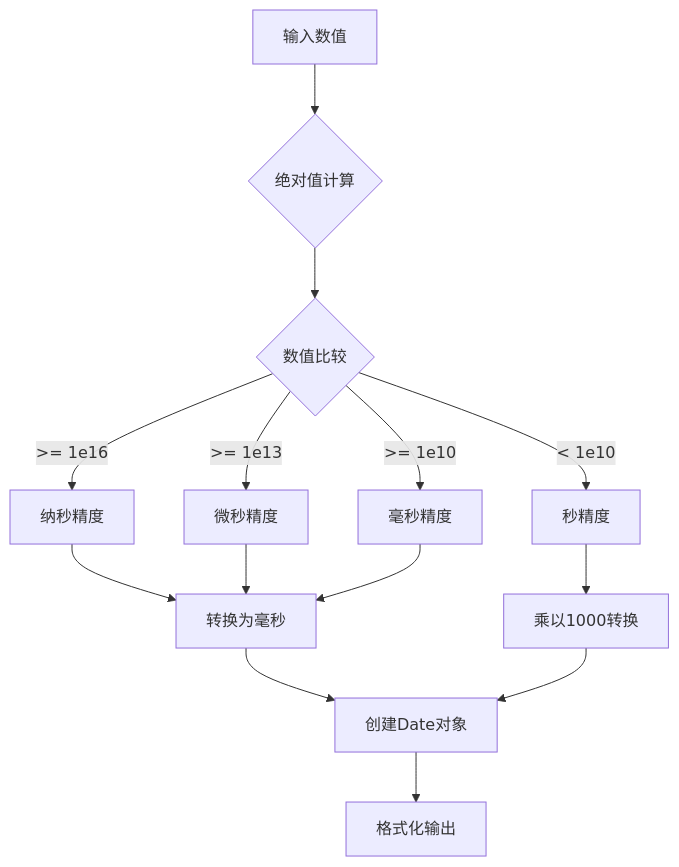
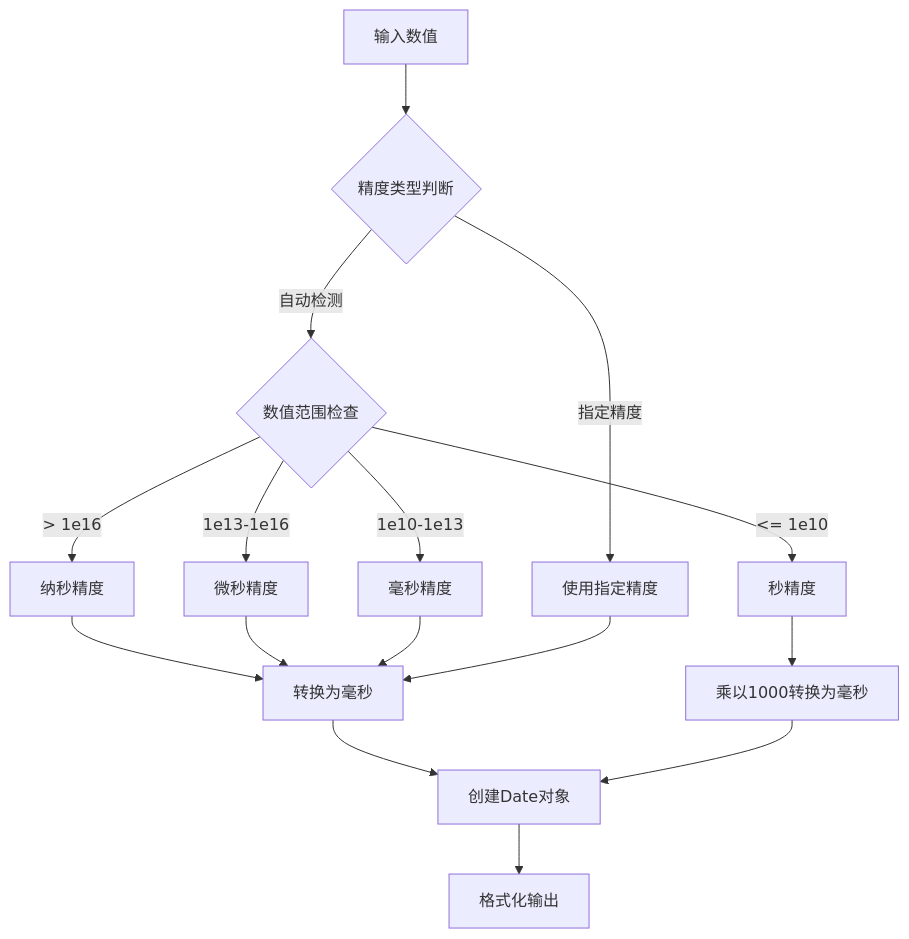
The tenth of 16 diagrams in .qoder/repowiki/zh/content/开发者工具/时间戳工具.md (sgyy/privadeck), drawn with Mermaid before and after one commit. The commit also changed other lines of this file and 3 other files, not shown here.

````diff
--- a/.qoder/repowiki/zh/content/开发者工具/时间戳工具.md
+++ b/.qoder/repowiki/zh/content/开发者工具/时间戳工具.md
@@ -383,16 +495,18 @@
 ```mermaid
 flowchart TD
-A[输入数值] --> B{绝对值计算}
-B --> C{数值比较}
-C --> |>= 1e16| D[纳秒精度]
-C --> |>= 1e13| E[微秒精度]
-C --> |>= 1e10| F[毫秒精度]
-C --> |< 1e10| G[秒精度]
-D --> H[转换为毫秒]
-E --> H
-F --> H
-G --> I[乘以1000转换]
-H --> J[创建Date对象]
-I --> J
-J --> K[格式化输出]
+A[输入数值] --> B{精度类型判断}
+B --> |自动检测| C{数值范围检查}
+B --> |指定精度| D[使用指定精度]
+C --> |> 1e16| E[纳秒精度]
+C --> |1e13-1e16| F[微秒精度]
+C --> |1e10-1e13| G[毫秒精度]
+C --> |<= 1e10| H[秒精度]
+E --> I[转换为毫秒]
+F --> I
+G --> I
+H --> J[乘以1000转换为毫秒]
+D --> I
+I --> K[创建Date对象]
+J --> K
+K --> L[格式化输出]
 ```
````
